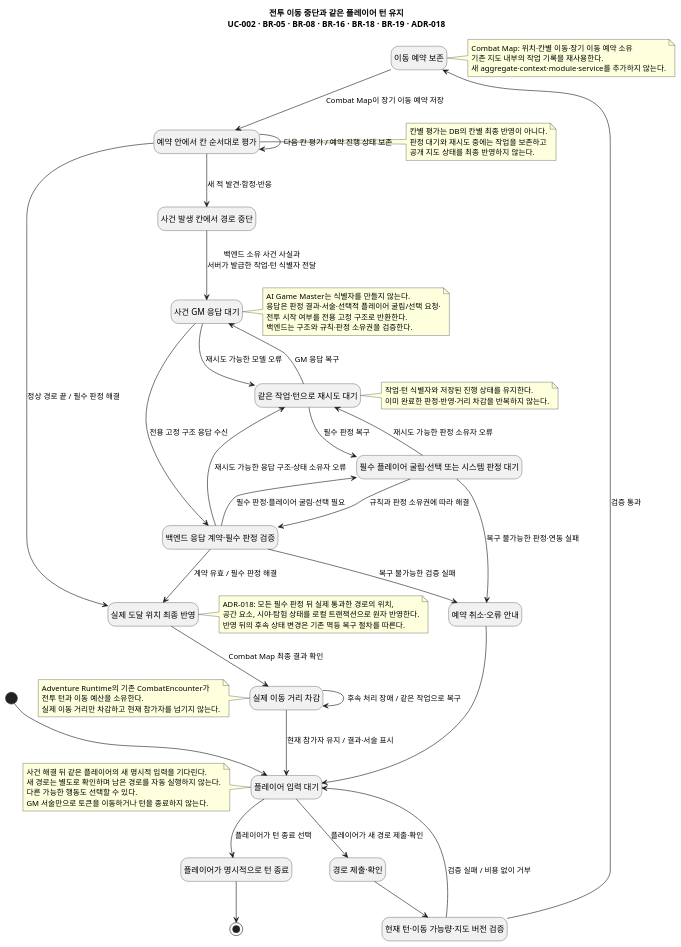
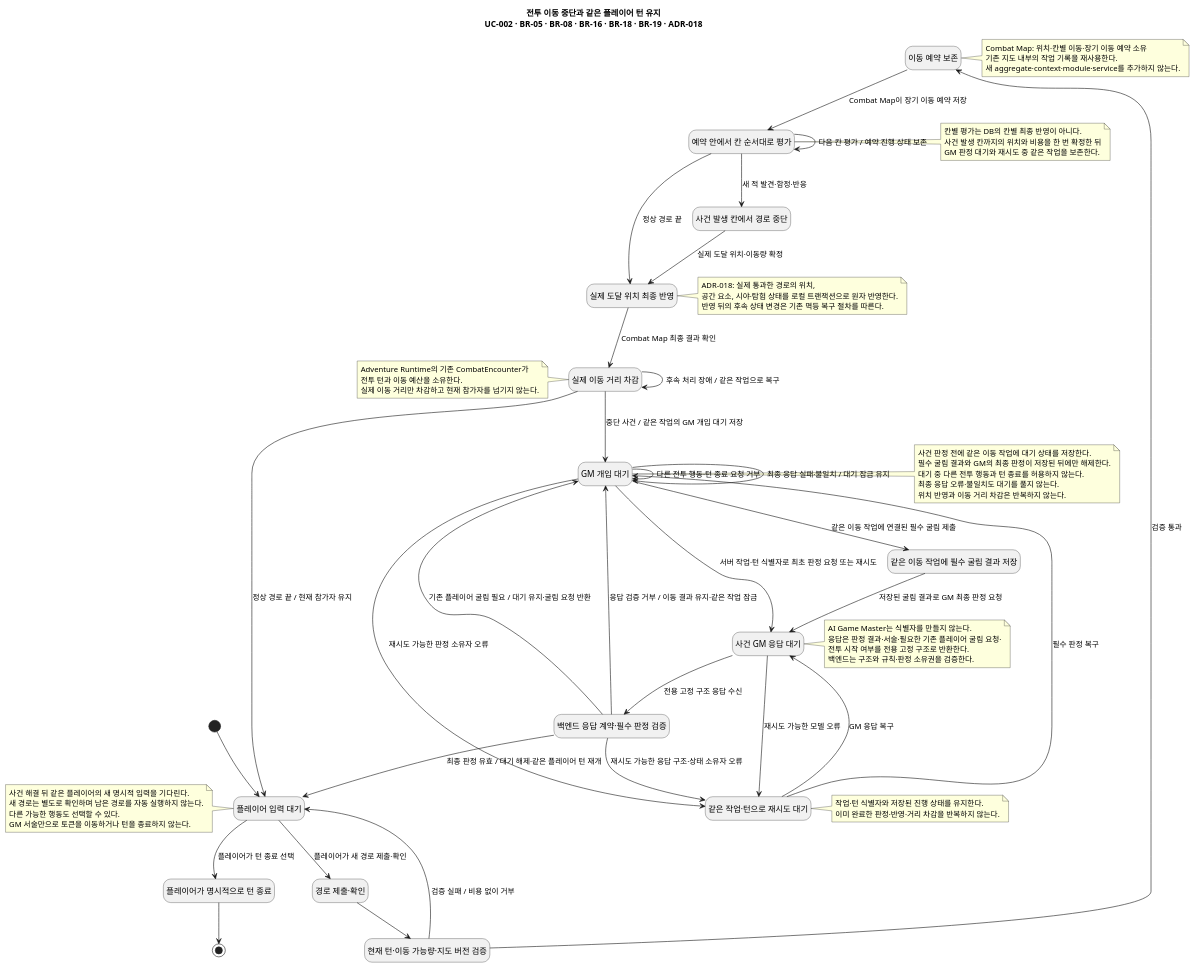
The diagram in docs/specs/combat-movement-spell-range/diagrams/architecture/combat-movement-interruption.state.puml (omegafrog/dnd-master), drawn with PlantUML before and after one commit. The commit also changed 61 other files, not shown here.

```diff
--- a/docs/specs/combat-movement-spell-range/diagrams/architecture/combat-movement-interruption.state.puml
+++ b/docs/specs/combat-movement-spell-range/diagrams/architecture/combat-movement-interruption.state.puml
@@ -1,84 +1,94 @@
 @startuml
  title 전투 이동 중단과 같은 플레이어 턴 유지\nUC-002 · BR-05 · BR-08 · BR-16 · BR-18 · BR-19 · ADR-018
  hide empty description
  skinparam defaultFontName SansSerif
  state "플레이어 입력 대기" as Input
  state "경로 제출·확인" as Confirm
  state "현재 턴·이동 가능량·지도 버전 검증" as Validate
  state "이동 예약 보존" as Reserve
  state "예약 안에서 칸 순서대로 평가" as Cell
  state "사건 발생 칸에서 경로 중단" as Interrupt
  state "사건 GM 응답 대기" as Gm
  state "백엔드 응답 계약·필수 판정 검증" as Contract
- state "필수 플레이어 굴림·선택 또는 시스템 판정 대기" as Pending
+ state "GM 개입 대기" as Pending
+ state "같은 이동 작업에 필수 굴림 결과 저장" as Submitted
  state "같은 작업·턴으로 재시도 대기" as Retry
  state "실제 도달 위치 최종 반영" as Commit
  state "실제 이동 거리 차감" as Charge
  state "플레이어가 명시적으로 턴 종료" as EndTurn
- state "예약 취소·오류 안내" as Rejected
 
  [*] --> Input
  Input --> Confirm : 플레이어가 새 경로 제출·확인
  Confirm --> Validate
  Validate --> Reserve : 검증 통과
  Validate --> Input : 검증 실패 / 비용 없이 거부
  Reserve --> Cell : Combat Map이 장기 이동 예약 저장
  Cell --> Cell : 다음 칸 평가 / 예약 진행 상태 보존
- Cell --> Commit : 정상 경로 끝 / 필수 판정 해결
+ Cell --> Commit : 정상 경로 끝
  Cell --> Interrupt : 새 적 발견·함정·반응
- Interrupt --> Gm : 백엔드 소유 사건 사실과\n서버가 발급한 작업·턴 식별자 전달
+ Interrupt --> Commit : 실제 도달 위치·이동량 확정
  Gm --> Contract : 전용 고정 구조 응답 수신
- Contract --> Pending : 필수 판정·플레이어 굴림·선택 필요
- Pending --> Contract : 규칙과 판정 소유권에 따라 해결
- Contract --> Commit : 계약 유효 / 필수 판정 해결
+ Contract --> Pending : 기존 플레이어 굴림 필요 / 대기 유지·굴림 요청 반환
+ Pending --> Pending : 다른 전투 행동·턴 종료 요청 거부
+ Pending --> Submitted : 같은 이동 작업에 연결된 필수 굴림 제출
+ Submitted --> Gm : 저장된 굴림 결과로 GM 최종 판정 요청
+ Contract --> Input : 최종 판정 유효 / 대기 해제·같은 플레이어 턴 재개
  Gm --> Retry : 재시도 가능한 모델 오류
  Contract --> Retry : 재시도 가능한 응답 구조·상태 소유자 오류
  Pending --> Retry : 재시도 가능한 판정 소유자 오류
+ Contract --> Pending : 응답 검증 거부 / 이동 결과 유지·같은 작업 잠금
+ Pending --> Pending : 최종 응답 실패·불일치 / 대기 잠금 유지
  Retry --> Gm : GM 응답 복구
  Retry --> Pending : 필수 판정 복구
- Contract --> Rejected : 복구 불가능한 검증 실패
- Pending --> Rejected : 복구 불가능한 판정·연동 실패
- Rejected --> Input
  Commit --> Charge : Combat Map 최종 결과 확인
  Charge --> Charge : 후속 처리 장애 / 같은 작업으로 복구
- Charge --> Input : 현재 참가자 유지 / 결과·서술 표시
+ Charge --> Pending : 중단 사건 / 같은 작업의 GM 개입 대기 저장
+ Pending --> Gm : 서버 작업·턴 식별자로 최초 판정 요청 또는 재시도
+ Charge --> Input : 정상 경로 끝 / 현재 참가자 유지
  Input --> EndTurn : 플레이어가 턴 종료 선택
  EndTurn --> [*]
 
  note right of Reserve
  Combat Map: 위치·칸별 이동·장기 이동 예약 소유
  기존 지도 내부의 작업 기록을 재사용한다.
  새 aggregate·context·module·service를 추가하지 않는다.
  end note
  note right of Cell
  칸별 평가는 DB의 칸별 최종 반영이 아니다.
- 판정 대기와 재시도 중에는 작업을 보존하고
- 공개 지도 상태를 최종 반영하지 않는다.
+ 사건 발생 칸까지의 위치와 비용을 한 번 확정한 뒤
+ GM 판정 대기와 재시도 중 같은 작업을 보존한다.
  end note
  note right of Gm
  AI Game Master는 식별자를 만들지 않는다.
- 응답은 판정 결과·서술·선택적 플레이어 굴림/선택 요청·
+ 응답은 판정 결과·서술·필요한 기존 플레이어 굴림 요청·
  전투 시작 여부를 전용 고정 구조로 반환한다.
  백엔드는 구조와 규칙·판정 소유권을 검증한다.
+ end note
+ note right of Pending
+ 사건 판정 전에 같은 이동 작업에 대기 상태를 저장한다.
+ 필수 굴림 결과와 GM의 최종 판정이 저장된 뒤에만 해제한다.
+ 대기 중 다른 전투 행동과 턴 종료를 허용하지 않는다.
+ 최종 응답 오류·불일치도 대기를 풀지 않는다.
+ 위치 반영과 이동 거리 차감은 반복하지 않는다.
  end note
  note right of Retry
  작업·턴 식별자와 저장된 진행 상태를 유지한다.
  이미 완료한 판정·반영·거리 차감을 반복하지 않는다.
  end note
  note right of Commit
- ADR-018: 모든 필수 판정 뒤 실제 통과한 경로의 위치,
+ ADR-018: 실제 통과한 경로의 위치,
  공간 요소, 시야·탐험 상태를 로컬 트랜잭션으로 원자 반영한다.
  반영 뒤의 후속 상태 변경은 기존 멱등 복구 절차를 따른다.
  end note
  note left of Charge
  Adventure Runtime의 기존 CombatEncounter가
  전투 턴과 이동 예산을 소유한다.
  실제 이동 거리만 차감하고 현재 참가자를 넘기지 않는다.
  end note
  note left of Input
  사건 해결 뒤 같은 플레이어의 새 명시적 입력을 기다린다.
  새 경로는 별도로 확인하며 남은 경로를 자동 실행하지 않는다.
  다른 가능한 행동도 선택할 수 있다.
  GM 서술만으로 토큰을 이동하거나 턴을 종료하지 않는다.
  end note
 @enduml
```
